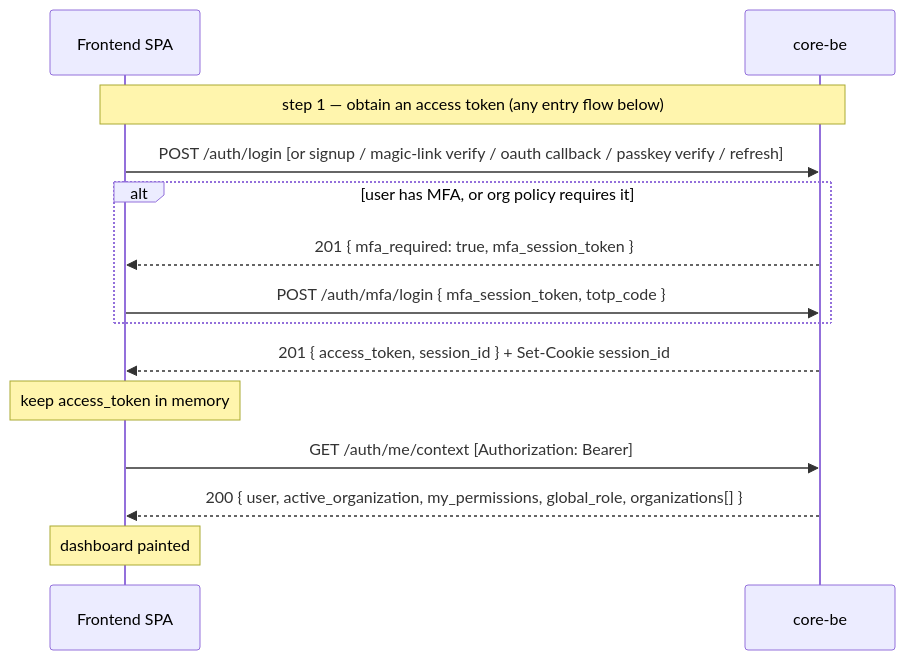
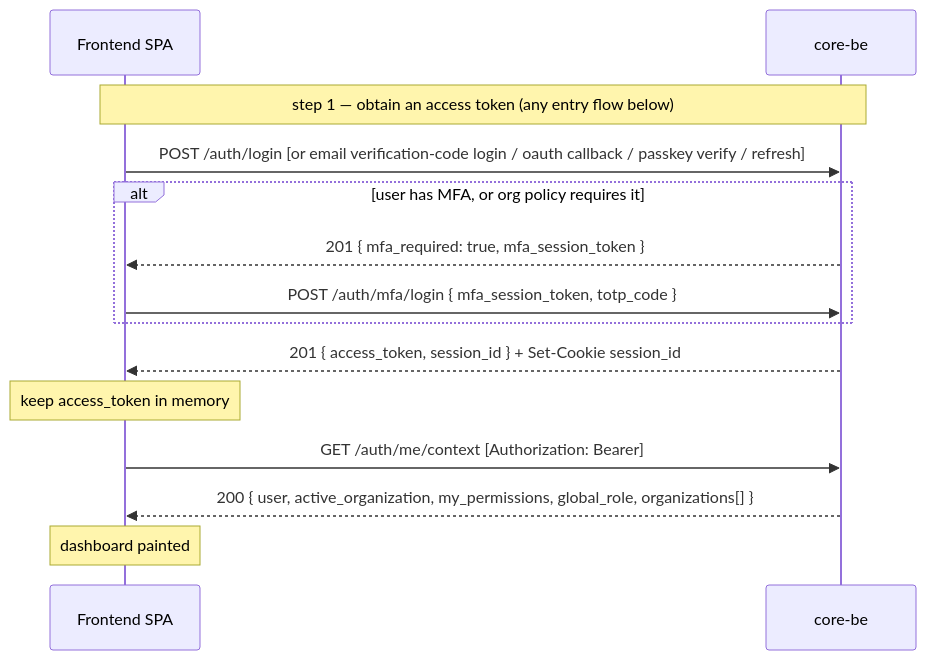
The second of 2 diagrams in docs/reference/api/frontend-auth-guide.md (nikunjmavani/core-be), drawn with Mermaid before and after one commit. The commit also changed other lines of this file and 133 other files, not shown here.

First line of the commit message:
feat(auth): replace magic-link with email verification-code login (#814)

````diff
--- a/docs/reference/api/frontend-auth-guide.md
+++ b/docs/reference/api/frontend-auth-guide.md
@@ -167,16 +168,16 @@
 ```mermaid
 sequenceDiagram
   participant FE as Frontend SPA
   participant API as core-be
   Note over FE,API: step 1 — obtain an access token (any entry flow below)
-  FE->>API: POST /auth/login  [or signup / magic-link verify / oauth callback / passkey verify / refresh]
+  FE->>API: POST /auth/login  [or email verification-code login / oauth callback / passkey verify / refresh]
   alt user has MFA, or org policy requires it
     API-->>FE: 201 { mfa_required: true, mfa_session_token }
     FE->>API: POST /auth/mfa/login { mfa_session_token, totp_code }
   end
   API-->>FE: 201 { access_token, session_id }  + Set-Cookie session_id
   Note over FE: keep access_token in memory
   FE->>API: GET /auth/me/context   [Authorization: Bearer]
   API-->>FE: 200 { user, active_organization, my_permissions, global_role, organizations[] }
   Note over FE: dashboard painted
 ```
````
